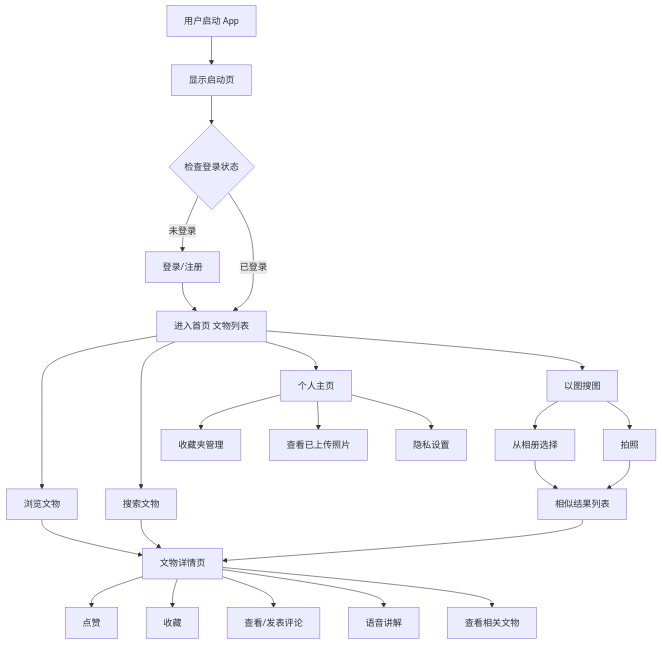
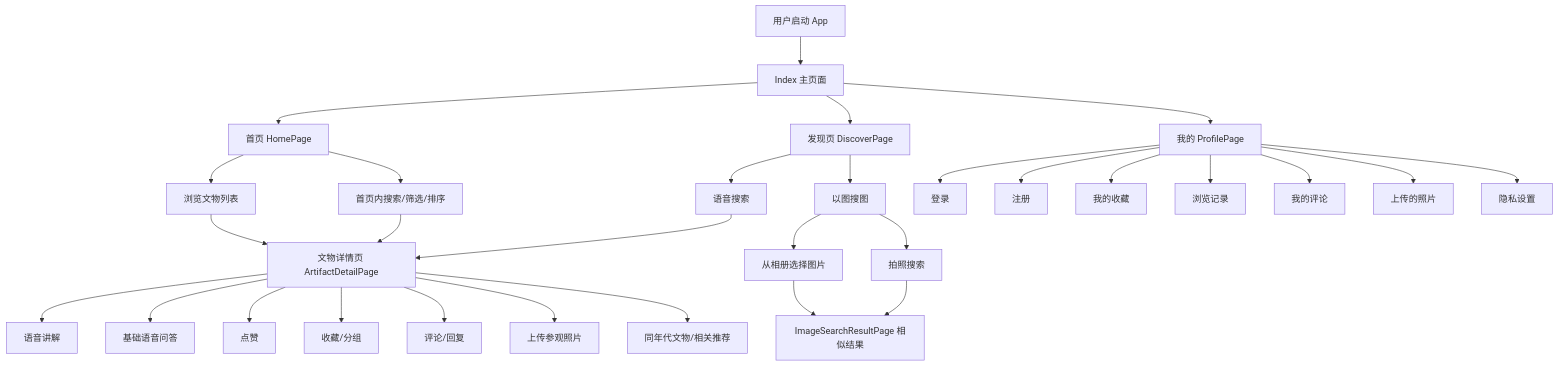
The second of 6 diagrams in Doc/需求规格说明书.md (BUCT-CS2301/PalmMuseum), drawn with Mermaid before and after one commit. The commit also changed other lines of this file, not shown here.

````diff
--- a/Doc/需求规格说明书.md
+++ b/Doc/需求规格说明书.md
@@ -189,34 +202,36 @@
 ```mermaid
 flowchart TD
-    Start[用户启动 App] --> Splash[显示启动页]
-    Splash --> Check{检查登录状态}
-    
-    Check -- 未登录 --> Login[登录/注册]
-    Login --> Home
-    
-    Check -- 已登录 --> Home[进入首页 文物列表]
-    
-    Home --> Browse[浏览文物]
-    Home --> Search[搜索文物]
-    Home --> Image[以图搜图]
-    
-    Browse --> Detail[文物详情页]
+    Start[用户启动 App] --> Index[Index 主页面]
+    Index --> Home[首页 HomePage]
+    Index --> Discover[发现页 DiscoverPage]
+    Index --> Profile[我的 ProfilePage]
+
+    Home --> Browse[浏览文物列表]
+    Home --> Search[首页内搜索/筛选/排序]
+    Browse --> Detail[文物详情页 ArtifactDetailPage]
     Search --> Detail
-    
+
+    Discover --> VoiceSearch[语音搜索]
+    Discover --> ImageSearch[以图搜图]
+    VoiceSearch --> Detail
+    ImageSearch --> Album[从相册选择图片]
+    ImageSearch --> Camera[拍照搜索]
+    Album --> ImageResult[ImageSearchResultPage 相似结果]
+    Camera --> ImageResult
+
+    Detail --> VoiceGuide[语音讲解]
+    Detail --> VoiceQA[基础语音问答]
     Detail --> Like[点赞]
-    Detail --> Favorite[收藏]
-    Detail --> Comment[查看/发表评论]
-    Detail --> Voice[语音讲解]
-    Detail --> Related[查看相关文物]
-    
-    Image --> Upload[从相册选择]
-    Image --> Camera[拍照]
-    Upload --> Result[相似结果列表]
-    Camera --> Result
-    Result --> Detail
-    
-    Home --> Profile[个人主页]
-    Profile --> Favorites[收藏夹管理]
-    Profile --> Photos[查看已上传照片]
-    Profile --> Settings[隐私设置]
+    Detail --> Favorite[收藏/分组]
+    Detail --> Comment[评论/回复]
+    Detail --> Upload[上传参观照片]
+    Detail --> Related[同年代文物/相关推荐]
+
+    Profile --> Login[登录]
+    Profile --> Register[注册]
+    Profile --> MyFavorites[我的收藏]
+    Profile --> MyHistory[浏览记录]
+    Profile --> MyComments[我的评论]
+    Profile --> MyUploads[上传的照片]
+    Profile --> Privacy[隐私设置]
 ```
````
